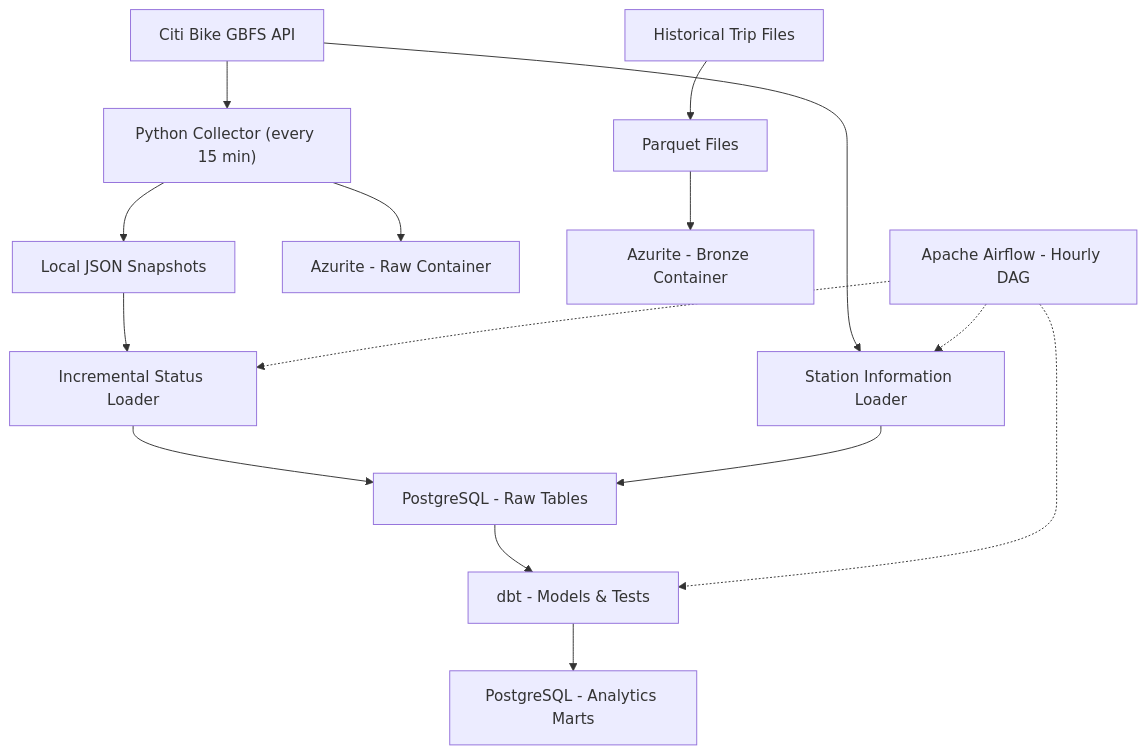
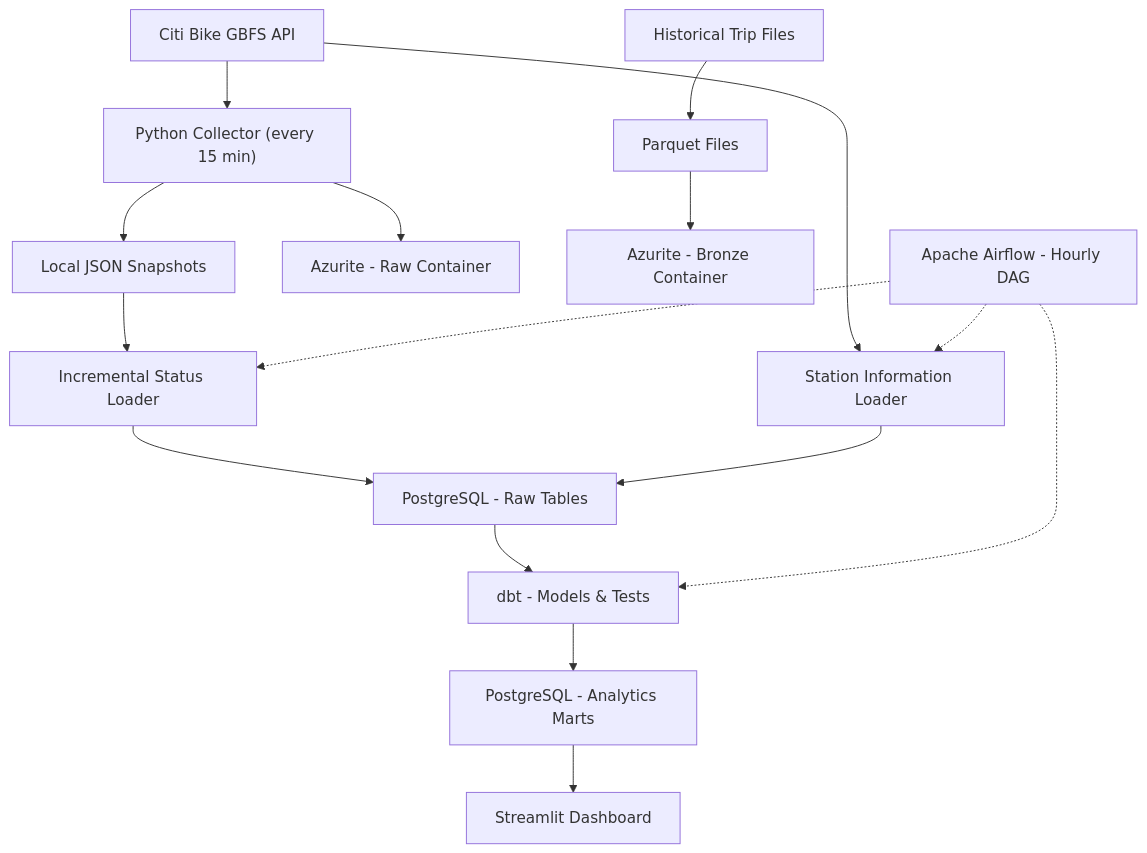
One commit to miguelnevesaraujo/urban-mobility-data-pipeline changed the diagram in README.md. Above: the diagram before and after it, drawn with Mermaid. The commit also changed other lines of this file and 3 other files, not shown here.

````diff
--- a/README.md
+++ b/README.md
@@ -31,24 +34,25 @@
 ```mermaid
 flowchart TD
     API["Citi Bike GBFS API"]
     COL["Python Collector (every 15 min)"]
     RAW["Local JSON Snapshots"]
     AZRAW["Azurite - Raw Container"]
     INFO["Station Information Loader"]
     LOAD["Incremental Status Loader"]
     PG["PostgreSQL - Raw Tables"]
     DBT["dbt - Models & Tests"]
     MART["PostgreSQL - Analytics Marts"]
+    DASH["Streamlit Dashboard"]
     TRIPS["Historical Trip Files"]
     PQ["Parquet Files"]
     BRONZE["Azurite - Bronze Container"]
     AIR["Apache Airflow - Hourly DAG"]
 
-    API --> COL --> RAW --> LOAD --> PG --> DBT --> MART
+    API --> COL --> RAW --> LOAD --> PG --> DBT --> MART --> DASH 
     COL --> AZRAW
     API --> INFO --> PG
     TRIPS --> PQ --> BRONZE
     AIR -.-> INFO
     AIR -.-> LOAD
     AIR -.-> DBT
 ```
````
